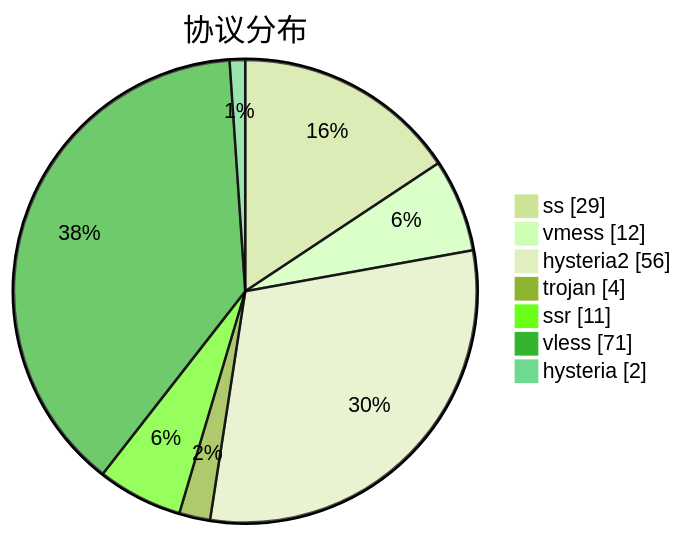
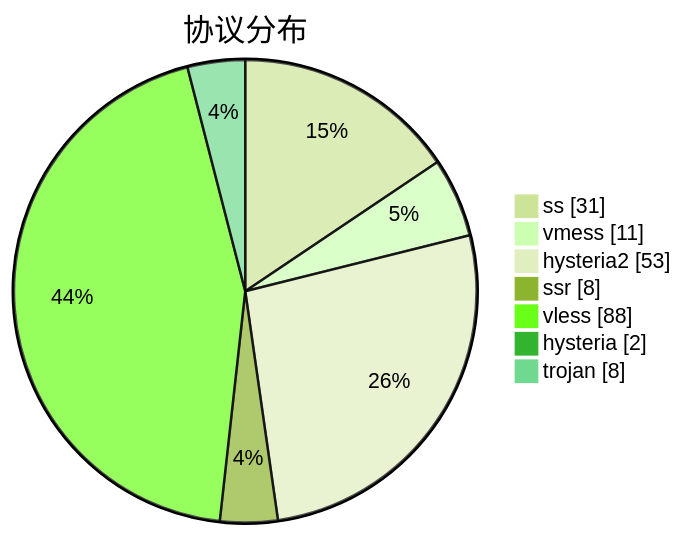
One commit to sinspired/airport changed the third of 3 diagrams in subs/statistics/tested_within.md. Above: the diagram before and after it, drawn with Mermaid (forest theme). The commit also changed other lines of this file and 2 other files, not shown here.

````diff
--- a/subs/statistics/tested_within.md
+++ b/subs/statistics/tested_within.md
@@ -38,11 +46,11 @@
 ```mermaid
 pie showData
 title 协议分布
-"ss" : 29
-"vmess" : 12
-"hysteria2" : 56
-"trojan" : 4
-"ssr" : 11
-"vless" : 71
+"ss" : 31
+"vmess" : 11
+"hysteria2" : 53
+"ssr" : 8
+"vless" : 88
 "hysteria" : 2
+"trojan" : 8
 ```
````
